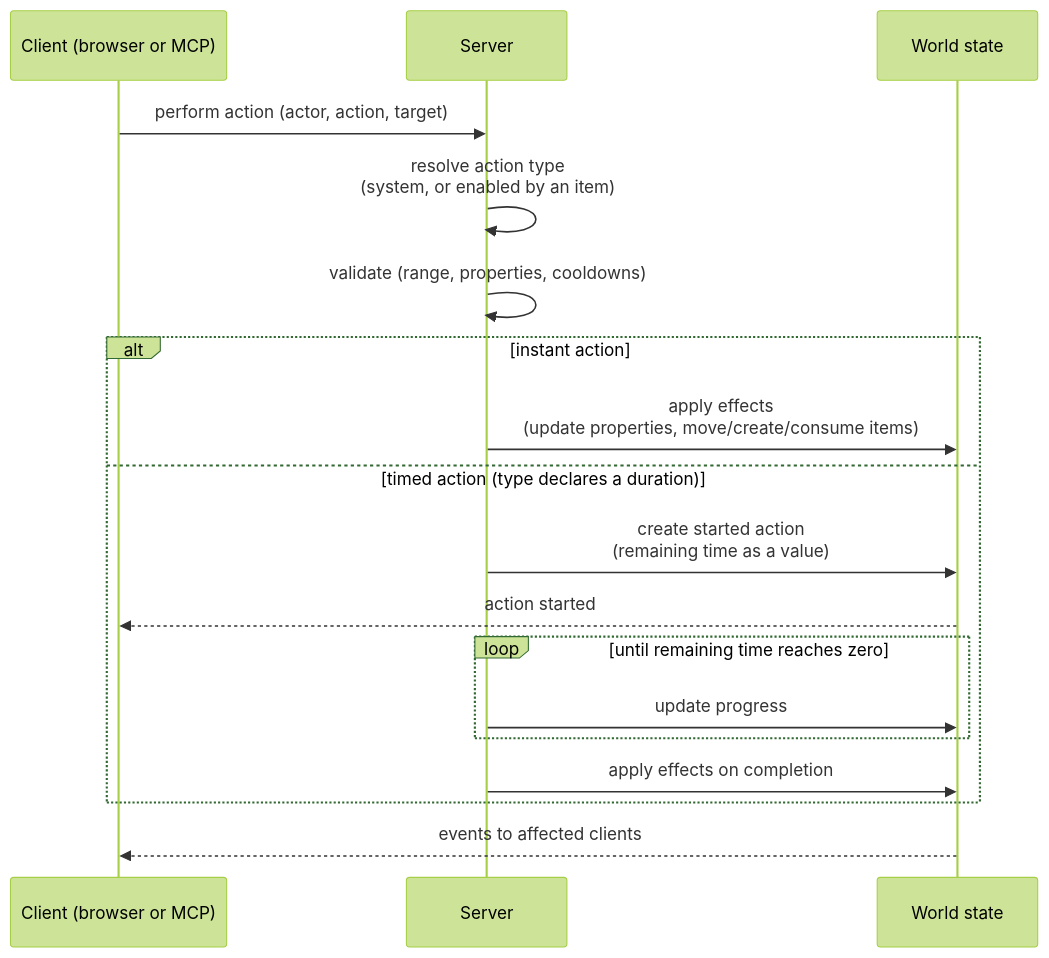
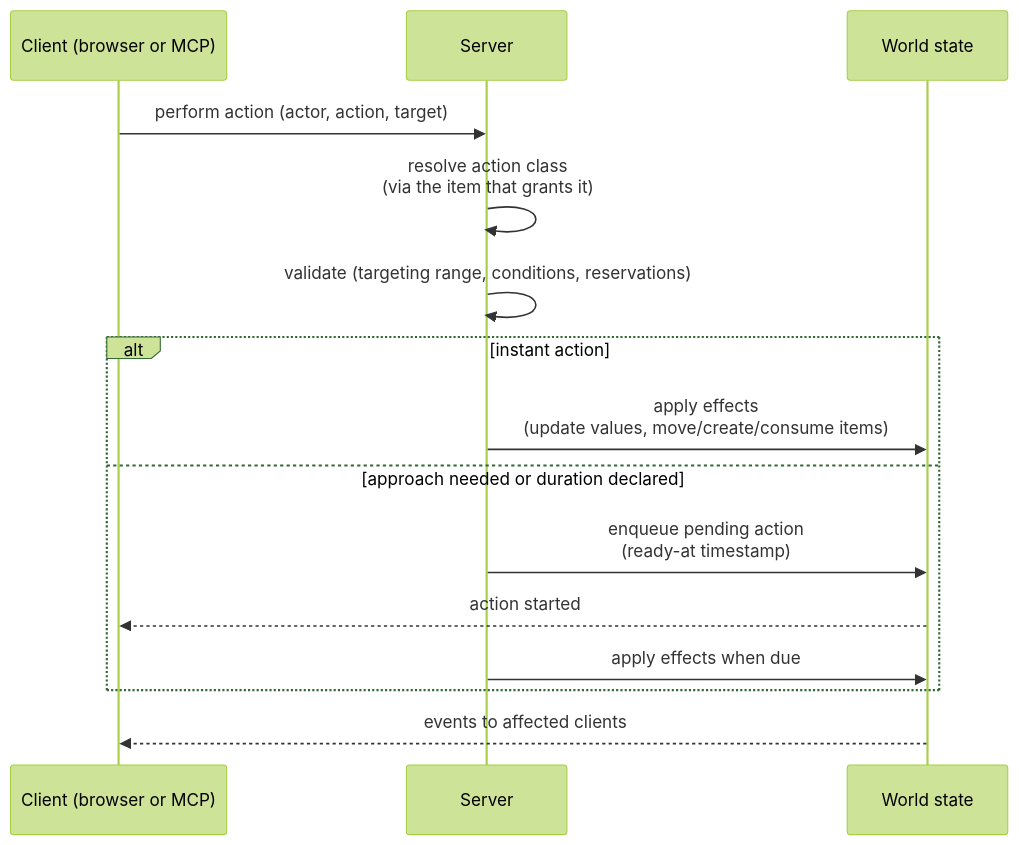
Before and after one commit to lpajunen/aiwebengine-examples: the third of 5 diagrams in src/virtual-world/README.md, drawn with Mermaid (forest theme). The commit also changed other lines of this file and 5 other files, not shown here.

````diff
--- a/src/virtual-world/README.md
+++ b/src/virtual-world/README.md
@@ -120,20 +167,17 @@
 ```mermaid
 sequenceDiagram
     participant C as Client (browser or MCP)
     participant S as Server
     participant W as World state
     C->>S: perform action (actor, action, target)
-    S->>S: resolve action type<br/>(system, or enabled by an item)
-    S->>S: validate (range, properties, cooldowns)
+    S->>S: resolve action class<br/>(via the item that grants it)
+    S->>S: validate (targeting range, conditions, reservations)
     alt instant action
-        S->>W: apply effects<br/>(update properties, move/create/consume items)
-    else timed action (type declares a duration)
-        S->>W: create started action<br/>(remaining time as a value)
+        S->>W: apply effects<br/>(update values, move/create/consume items)
+    else approach needed or duration declared
+        S->>W: enqueue pending action<br/>(ready-at timestamp)
         W-->>C: action started
-        loop until remaining time reaches zero
-            S->>W: update progress
-        end
-        S->>W: apply effects on completion
+        S->>W: apply effects when due
     end
     W-->>C: events to affected clients
 ```
````
